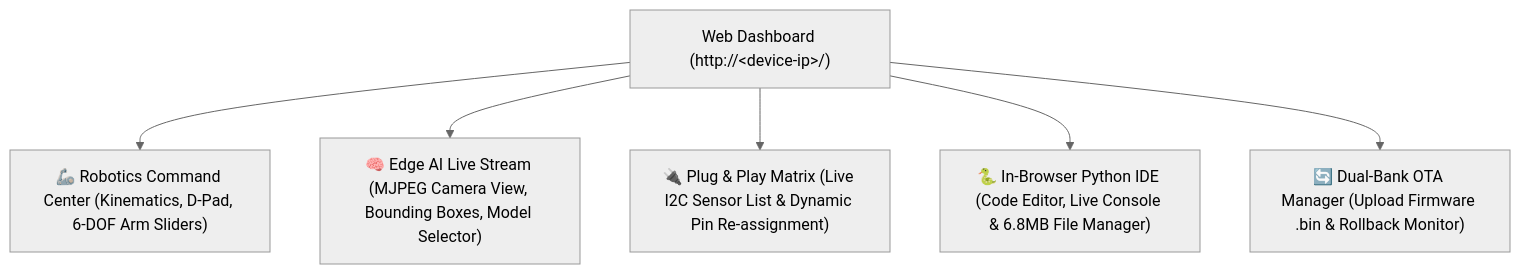
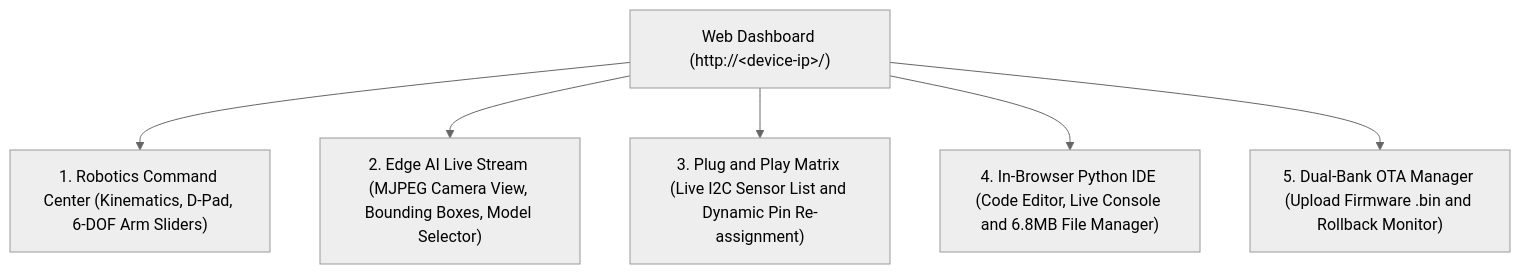
The diagram in docs/getting-started/first-boot.md (tamimystic/tamimystic-os), drawn with Mermaid (neutral theme) before and after one commit. The commit also changed other lines of this file and 23 other files, not shown here.

````diff
--- a/docs/getting-started/first-boot.md
+++ b/docs/getting-started/first-boot.md
@@ -90,9 +90,9 @@
 ```mermaid
 graph TD
     DASH["Web Dashboard (http://&lt;device-ip&gt;/)"]
-    DASH --> P1["🦾 Robotics Command Center (Kinematics, D-Pad, 6-DOF Arm Sliders)"]
-    DASH --> P2["🧠 Edge AI Live Stream (MJPEG Camera View, Bounding Boxes, Model Selector)"]
-    DASH --> P3["🔌 Plug & Play Matrix (Live I2C Sensor List & Dynamic Pin Re-assignment)"]
-    DASH --> P4["🐍 In-Browser Python IDE (Code Editor, Live Console & 6.8MB File Manager)"]
-    DASH --> P5["🔄 Dual-Bank OTA Manager (Upload Firmware .bin & Rollback Monitor)"]
+    DASH --> P1["1. Robotics Command Center (Kinematics, D-Pad, 6-DOF Arm Sliders)"]
+    DASH --> P2["2. Edge AI Live Stream (MJPEG Camera View, Bounding Boxes, Model Selector)"]
+    DASH --> P3["3. Plug and Play Matrix (Live I2C Sensor List and Dynamic Pin Re-assignment)"]
+    DASH --> P4["4. In-Browser Python IDE (Code Editor, Live Console and 6.8MB File Manager)"]
+    DASH --> P5["5. Dual-Bank OTA Manager (Upload Firmware .bin and Rollback Monitor)"]
 ```
````
